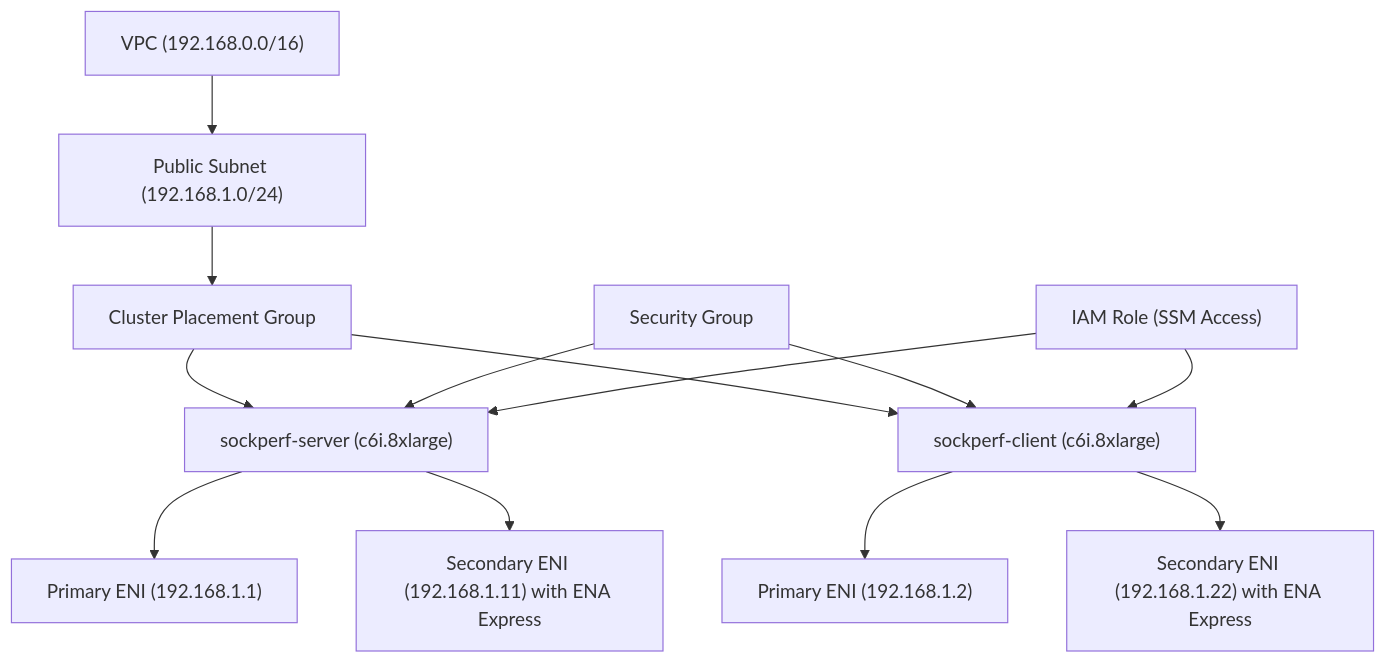
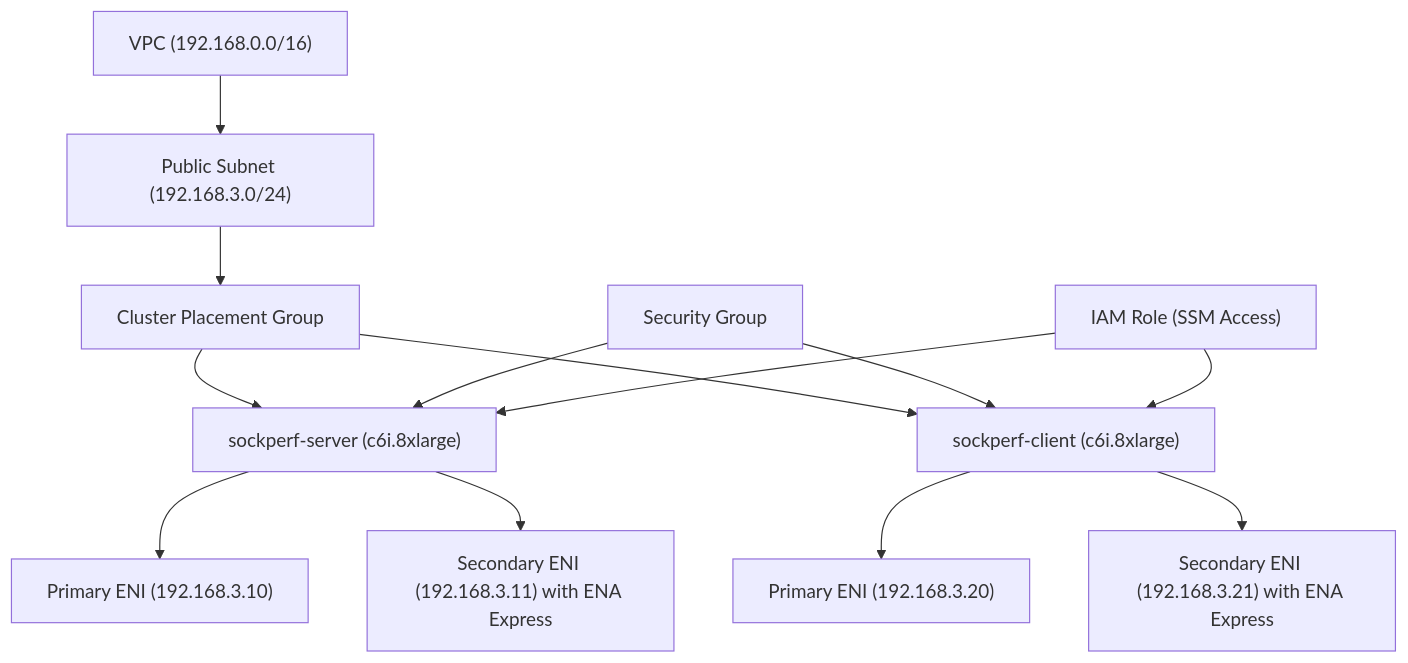
Before and after one commit to zhang1980s/ec2-ena-express-lab: the first of 2 diagrams in README.md, drawn with Mermaid. The commit also changed other lines of this file, not shown here.

Commit message:
Update README.md with correct subnet CIDR and IP addresses

````diff
--- a/README.md
+++ b/README.md
@@ -16,15 +16,15 @@
 ```mermaid
 graph TD
-    VPC["VPC (192.168.0.0/16)"] --> Subnet["Public Subnet (192.168.1.0/24)"]
+    VPC["VPC (192.168.0.0/16)"] --> Subnet["Public Subnet (192.168.3.0/24)"]
     Subnet --> PG["Cluster Placement Group"]
     PG --> SERVER["sockperf-server (c6i.8xlarge)"]
     PG --> CLIENT["sockperf-client (c6i.8xlarge)"]
-    SERVER --> ENI1S["Primary ENI (192.168.1.1)"]
-    SERVER --> ENI2S["Secondary ENI (192.168.1.11) with ENA Express"]
-    CLIENT --> ENI1C["Primary ENI (192.168.1.2)"]
-    CLIENT --> ENI2C["Secondary ENI (192.168.1.22) with ENA Express"]
+    SERVER --> ENI1S["Primary ENI (192.168.3.10)"]
+    SERVER --> ENI2S["Secondary ENI (192.168.3.11) with ENA Express"]
+    CLIENT --> ENI1C["Primary ENI (192.168.3.20)"]
+    CLIENT --> ENI2C["Secondary ENI (192.168.3.21) with ENA Express"]
     SG["Security Group"] --> SERVER
     SG --> CLIENT
     IAM["IAM Role (SSM Access)"] --> SERVER
     IAM["IAM Role (SSM Access)"] --> CLIENT
 ```
````
